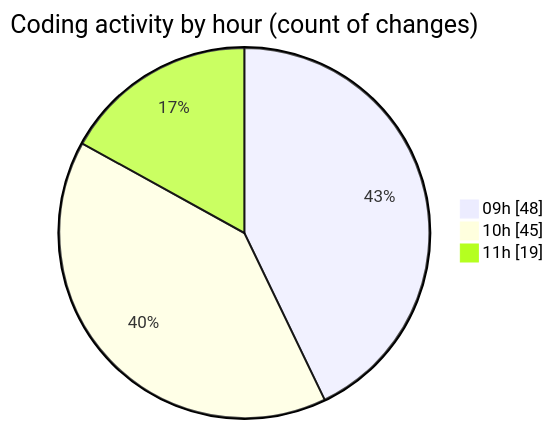
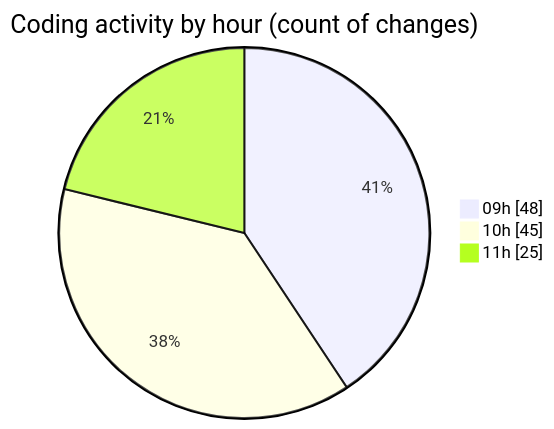
The second of 2 diagrams in 2025-03-14/cda/README.md (momahboobian/code-tracking), drawn with Mermaid before and after one commit. The commit also changed other lines of this file and 1 other file, not shown here.

````diff
--- a/2025-03-14/cda/README.md
+++ b/2025-03-14/cda/README.md
@@ -45,7 +45,7 @@
 ```mermaid
 pie showData
 title Coding activity by hour (count of changes)
 "09h" : 48
 "10h" : 45
-"11h" : 19
+"11h" : 25
 ```
````
